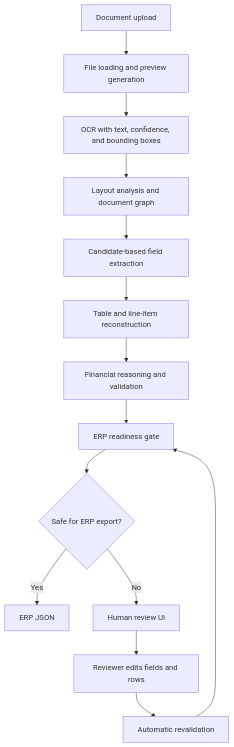
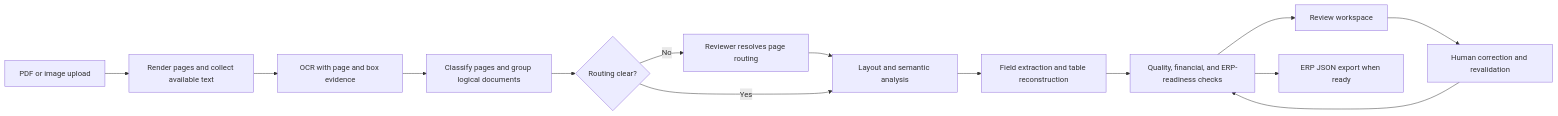
The diagram in README.md (aymendhieb02/Smart-OCR-to-ERP-Platform), drawn with Mermaid before and after one commit. The commit also changed other lines of this file and 7 other files, not shown here.

Commit message:
docs: refresh project presentation and architecture

````diff
--- a/README.md
+++ b/README.md
@@ -22,16 +9,16 @@
 ```mermaid
-flowchart TD
-    A["Document upload"] --> B["File loading and preview generation"]
-    B --> C["OCR with text, confidence, and bounding boxes"]
-    C --> D["Layout analysis and document graph"]
-    D --> E["Candidate-based field extraction"]
-    E --> F["Table and line-item reconstruction"]
-    F --> G["Financial reasoning and validation"]
-    G --> H["ERP readiness gate"]
-    H --> I{"Safe for ERP export?"}
-    I -->|Yes| J["ERP JSON"]
-    I -->|No| K["Human review UI"]
-    K --> L["Reviewer edits fields and rows"]
-    L --> M["Automatic revalidation"]
-    M --> H
+flowchart LR
+    A[PDF or image upload] --> B[Render pages and collect available text]
+    B --> C[OCR with page and box evidence]
+    C --> D[Classify pages and group logical documents]
+    D --> E{Routing clear?}
+    E -->|No| F[Reviewer resolves page routing]
+    F --> G[Layout and semantic analysis]
+    E -->|Yes| G
+    G --> H[Field extraction and table reconstruction]
+    H --> I[Quality, financial, and ERP-readiness checks]
+    I --> J[Review workspace]
+    J --> K[Human correction and revalidation]
+    K --> I
+    I --> L[ERP JSON export when ready]
 ```
````
